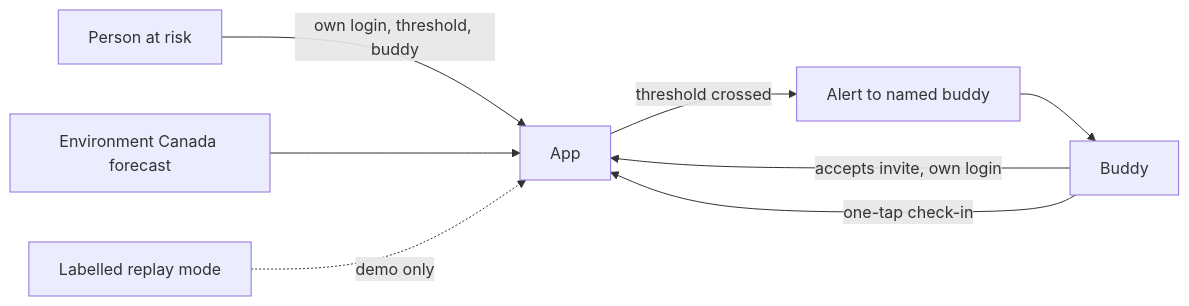
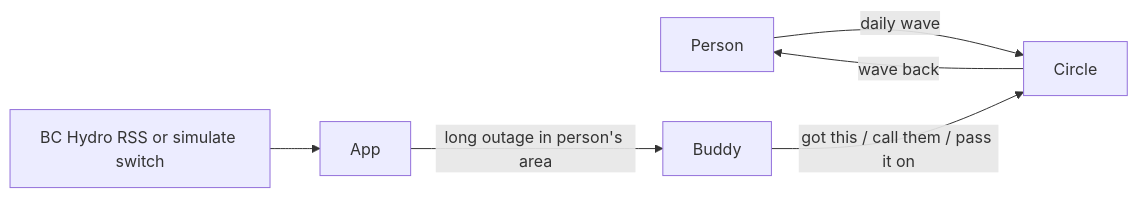
Before and after one commit to chlooood/hackcamp: the diagram in context/architecture.md, drawn with Mermaid. The commit also changed other lines of this file and 3 other files, not shown here.

First line of the commit message:
Log Senate decision: Daily Wave plus outage layer, Auth0 opt-in

````diff
--- a/context/architecture.md
+++ b/context/architecture.md
@@ -37,10 +36,8 @@
 ```mermaid
 flowchart LR
-    Person[Person at risk] -->|own login, threshold, buddy| App
-    Buddy -->|accepts invite, own login| App
-    EC[Environment Canada forecast] --> App
-    App -->|threshold crossed| Alert[Alert to named buddy]
-    Alert --> Buddy
-    Buddy -->|one-tap check-in| App
-    Replay[Labelled replay mode] -.demo only.-> App
+    Person -->|daily wave| Circle
+    Circle -->|wave back| Person
+    RSS[BC Hydro RSS or simulate switch] --> App
+    App -->|long outage in person's area| Buddy
+    Buddy -->|got this / call them / pass it on| Circle
 ```
````
